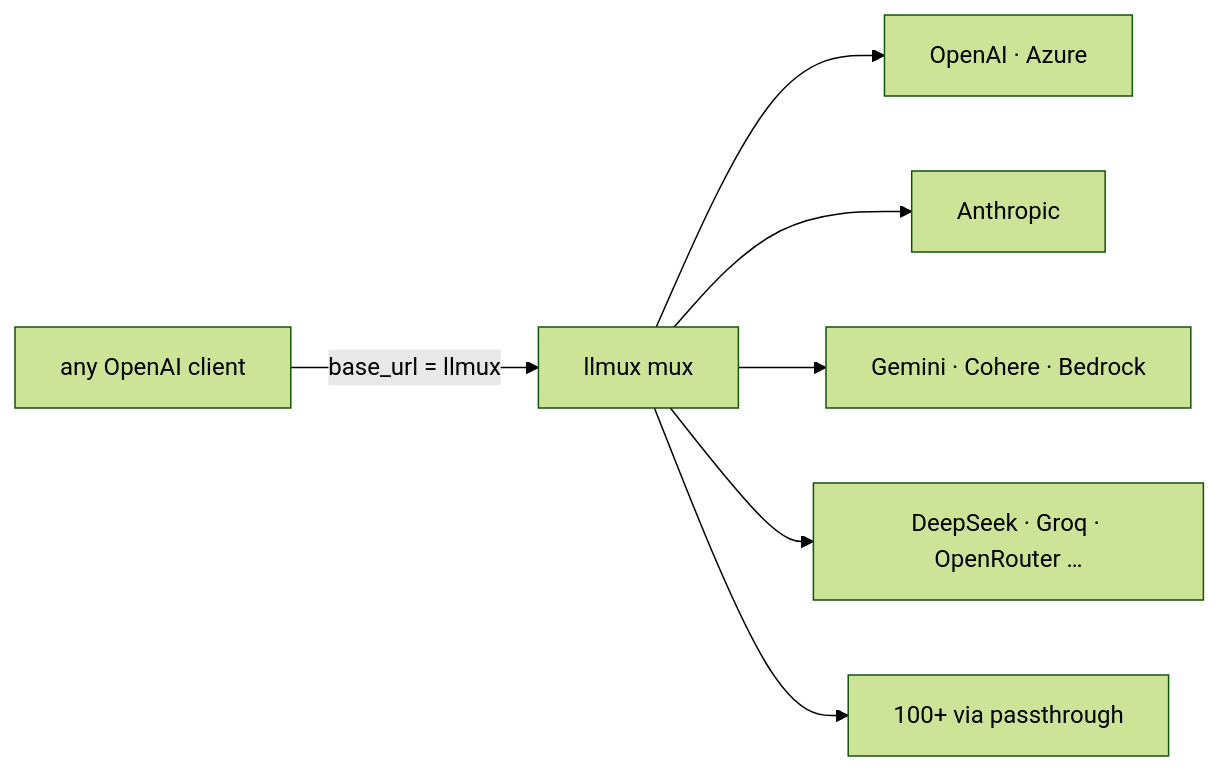
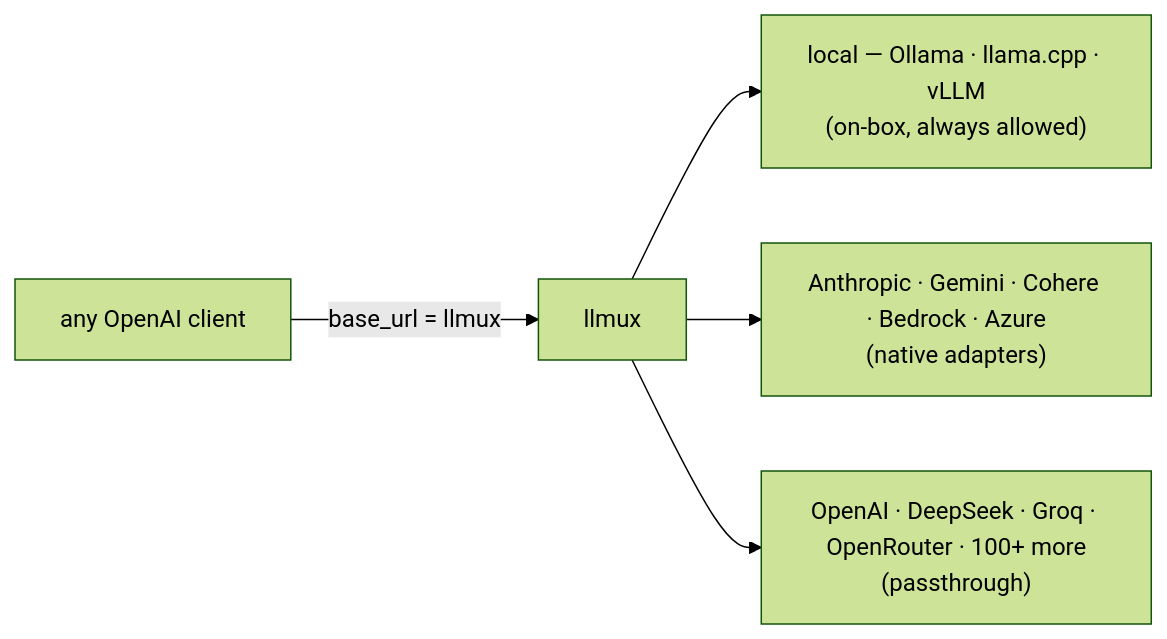
One commit to vul-os/llmux changed the diagram in README.md. Above: the diagram before and after it, drawn with Mermaid (forest theme). The commit also changed other lines of this file and 96 other files, not shown here.

````diff
--- a/README.md
+++ b/README.md
@@ -70,9 +68,7 @@
 ```mermaid
 flowchart LR
-    client["any OpenAI client"] -->|"base_url = llmux"| mux["llmux mux"]
-    mux --> p1["OpenAI · Azure"]
-    mux --> p2["Anthropic"]
-    mux --> p3["Gemini · Cohere · Bedrock"]
-    mux --> p4["DeepSeek · Groq · OpenRouter …"]
-    mux --> p5["100+ via passthrough"]
+    client["any OpenAI client"] -->|"base_url = llmux"| mux["llmux"]
+    mux --> local["local — Ollama · llama.cpp · vLLM<br/>(on-box, always allowed)"]
+    mux --> native["Anthropic · Gemini · Cohere · Bedrock · Azure<br/>(native adapters)"]
+    mux --> pass["OpenAI · DeepSeek · Groq · OpenRouter · 100+ more<br/>(passthrough)"]
 ```
````
